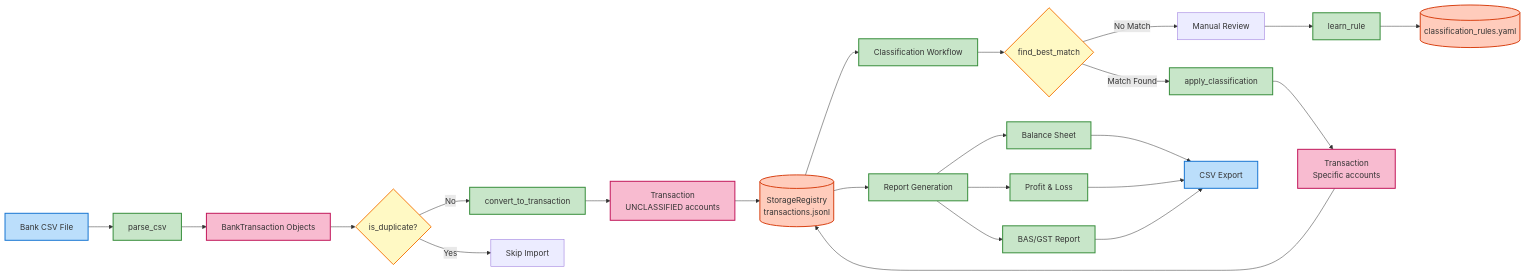
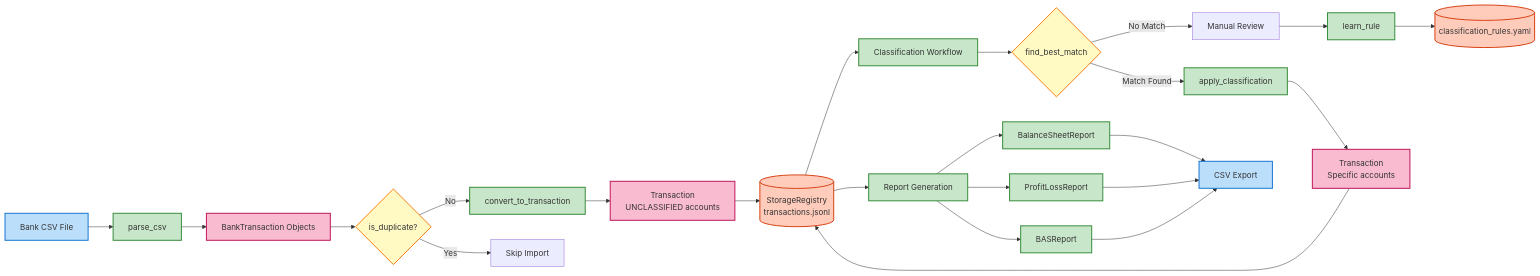
One commit to harryeslick/small_business changed the second of 3 diagrams in README.md. Above: the diagram before and after it, drawn with Mermaid. The commit also changed other lines of this file and 1 other file, not shown here.

````diff
--- a/README.md
+++ b/README.md
@@ -182,41 +198,41 @@
 ```mermaid
 graph LR
     %% Data Flow
     CSV[Bank CSV File] --> Parse[parse_csv]
     Parse --> BankTxn[BankTransaction Objects]
     BankTxn --> DupCheck{is_duplicate?}
     DupCheck -->|No| Convert[convert_to_transaction]
     DupCheck -->|Yes| Skip[Skip Import]
     Convert --> RawTxn[Transaction<br/>UNCLASSIFIED accounts]
     RawTxn --> Storage[(StorageRegistry<br/>transactions.jsonl)]
 
     Storage --> Classify[Classification Workflow]
     Classify --> MatchRules{find_best_match}
     MatchRules -->|Match Found| Apply[apply_classification]
     MatchRules -->|No Match| Manual[Manual Review]
     Manual --> Learn[learn_rule]
     Apply --> ClassifiedTxn[Transaction<br/>Specific accounts]
     Learn --> Rules[(classification_rules.yaml)]
     ClassifiedTxn --> Storage
 
     Storage --> Reports[Report Generation]
-    Reports --> Balance[Balance Sheet]
-    Reports --> PL[Profit & Loss]
-    Reports --> BAS[BAS/GST Report]
+    Reports --> Balance[BalanceSheetReport]
+    Reports --> PL[ProfitLossReport]
+    Reports --> BAS[BASReport]
     Balance --> CSV_Out[CSV Export]
     PL --> CSV_Out
     BAS --> CSV_Out
 
     %% Styling
     classDef dataFile fill:#bbdefb,stroke:#1976d2,stroke-width:2px
     classDef process fill:#c8e6c9,stroke:#388e3c,stroke-width:2px
     classDef decision fill:#fff9c4,stroke:#f57f17,stroke-width:2px
     classDef storage fill:#ffccbc,stroke:#d84315,stroke-width:2px
     classDef output fill:#f8bbd0,stroke:#c2185b,stroke-width:2px
 
     class CSV,CSV_Out dataFile
     class Parse,Convert,Classify,Apply,Learn,Reports,Balance,PL,BAS process
     class DupCheck,MatchRules decision
     class Storage,Rules storage
     class BankTxn,RawTxn,ClassifiedTxn output
 ```
````
